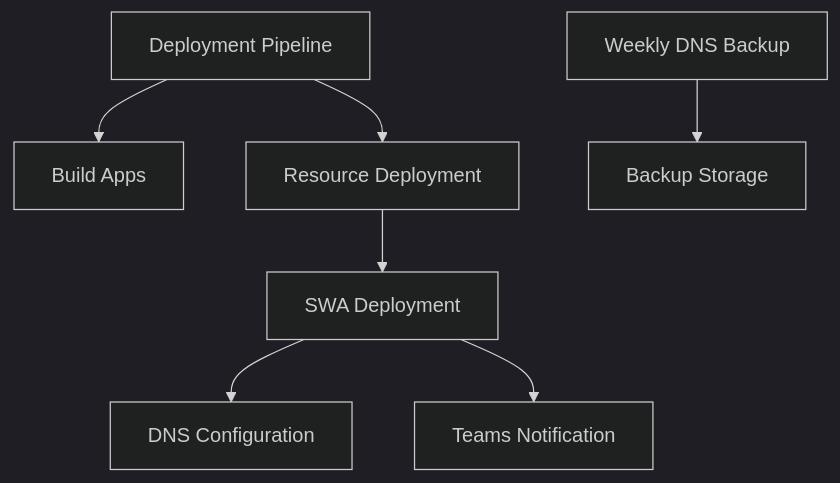
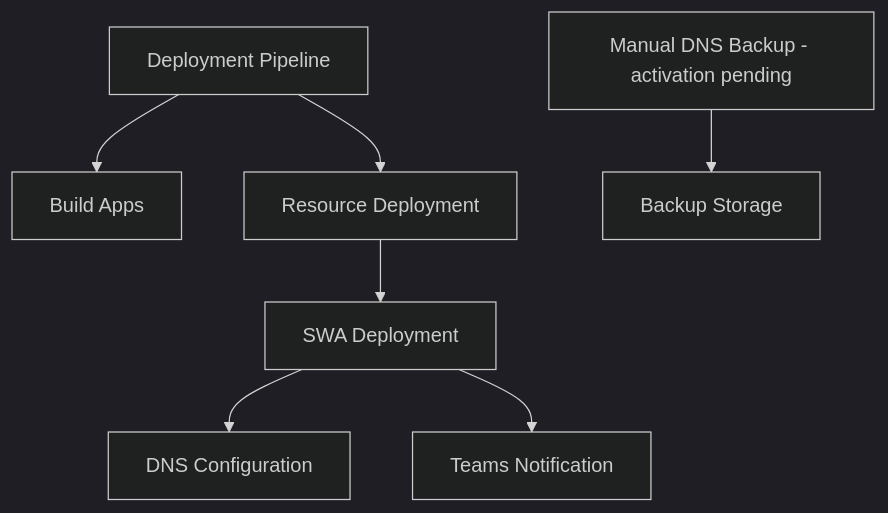
Before and after one commit to phoenixvc/PhoenixVC-Website: the diagram in docs/src/main/guides/deployment/github-workflows.md, drawn with Mermaid (dark theme). The commit also changed 1 other file, not shown here.

Commit message:
fix(ci): harden DNS export validation

````diff
--- a/docs/src/main/guides/deployment/github-workflows.md
+++ b/docs/src/main/guides/deployment/github-workflows.md
@@ -95,9 +95,9 @@
 ```mermaid
 graph TD
   A[Deployment Pipeline] --> B[Build Apps]
   A --> C[Resource Deployment]
   C --> D[SWA Deployment]
   D --> E[DNS Configuration]
   D --> F[Teams Notification]
-  G[Weekly DNS Backup] --> H[Backup Storage]
+  G[Manual DNS Backup - activation pending] --> H[Backup Storage]
 ```
````
